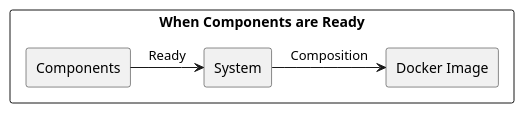
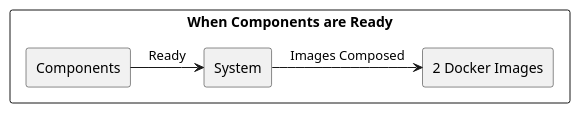
One commit to USI-MSDE-SA-2023/sa--edoriggio changed the seventh of 11 diagrams in src/sa/model/index.md. Above: the diagram before and after it, drawn with PlantUML. The commit also changed other lines of this file, not shown here.

````diff
--- a/src/sa/model/index.md
+++ b/src/sa/model/index.md
@@ -277,20 +278,20 @@
 ```puml
 @startuml
 
 skinparam componentStyle rectangle
 skinparam monochrome true
 skinparam shadowing false
 
 rectangle "When Components are Ready" {
 
 rectangle "Components" as Source
-rectangle "Docker Image" as Measure
+rectangle "2 Docker Images" as Measure
 
 Source -> [System] : "Ready"
 
-[System] -> [Measure] : "Composition"
+[System] -> [Measure] : "Images Composed"
 
 }
 
 @enduml
 ```
````
